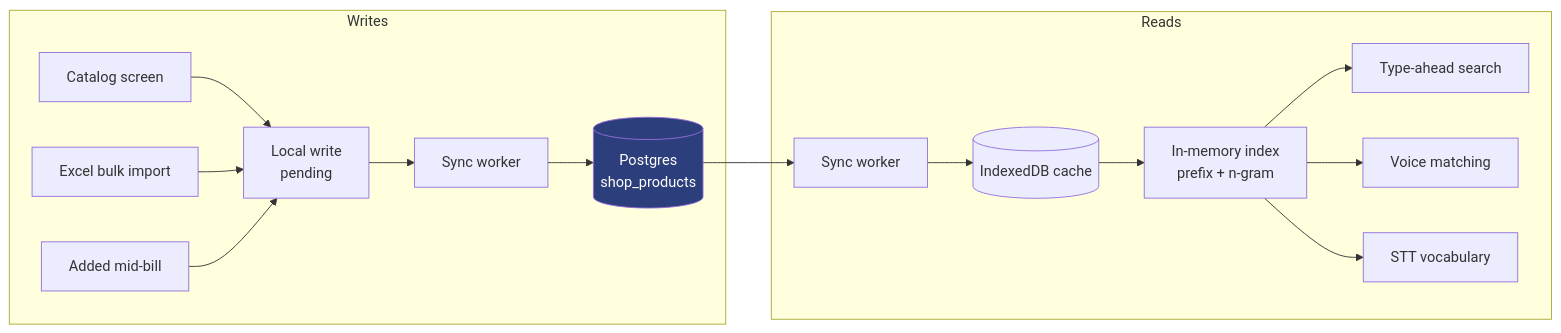
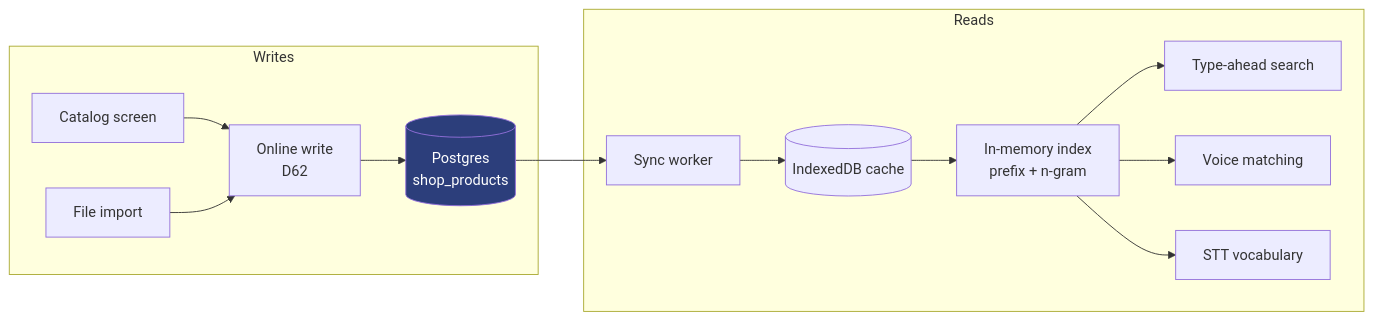
One commit to anshg05/kiranabill changed the eighth of 8 diagrams in docs/16-APP-FLOW.md. Above: the diagram before and after it, drawn with Mermaid. The commit also changed other lines of this file and 8 other files, not shown here.

````diff
--- a/docs/16-APP-FLOW.md
+++ b/docs/16-APP-FLOW.md
@@ -280,21 +280,19 @@
 ```mermaid
 flowchart LR
     subgraph Writes
       A1[Catalog screen] --> W
-      A2[Excel bulk import] --> W
-      A3[Added mid-bill] --> W
-      W[Local write<br/>pending] --> S[Sync worker]
-      S --> DB[(Postgres<br/>shop_products)]
+      A2[File import] --> W
+      W[Online write<br/>D62] --> DB[(Postgres<br/>shop_products)]
     end
 
     subgraph Reads
       DB --> S2[Sync worker]
       S2 --> C[(IndexedDB cache)]
       C --> IDX[In-memory index<br/>prefix + n-gram]
       IDX --> R1[Type-ahead search]
       IDX --> R2[Voice matching]
       IDX --> R3[STT vocabulary]
     end
 
     style DB fill:#2C3E7B,color:#fff
 ```
````
